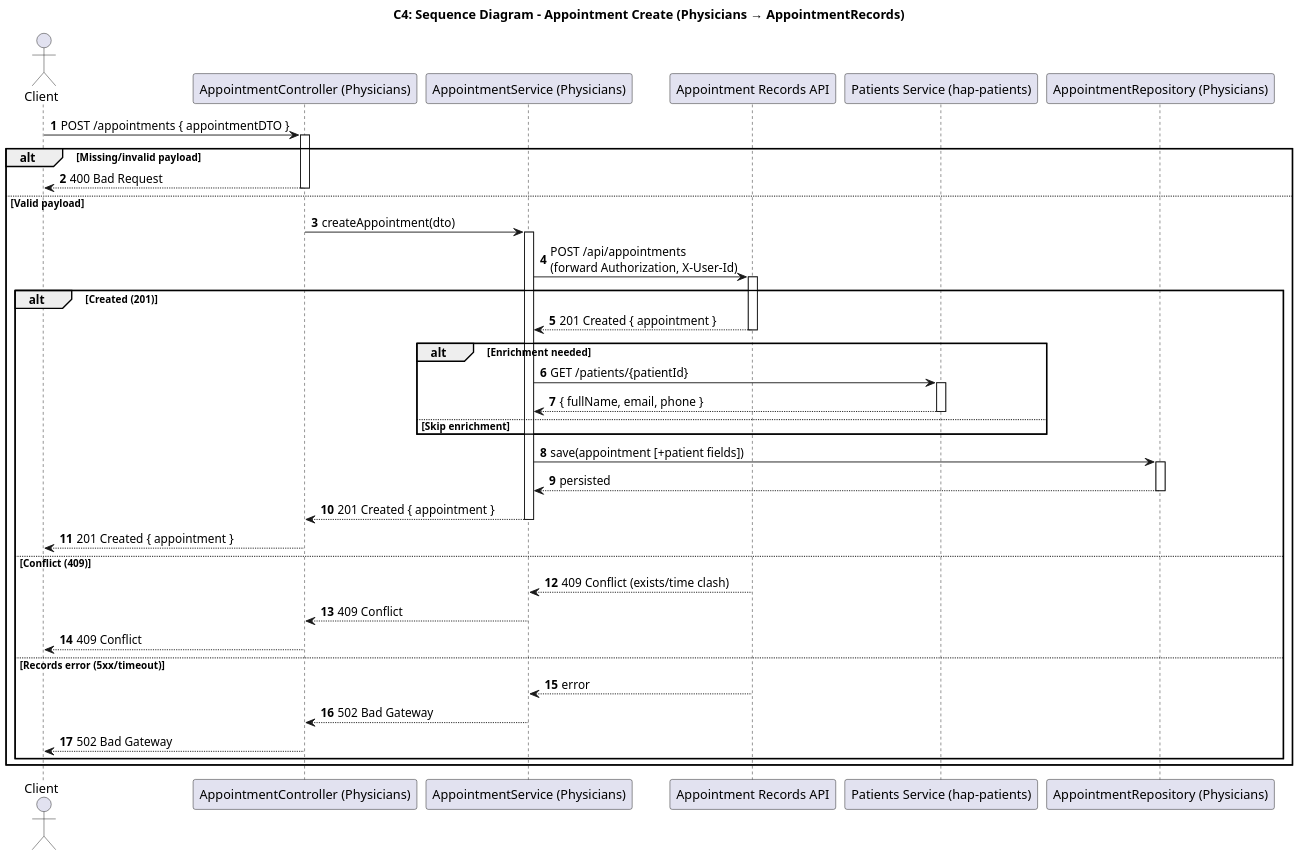
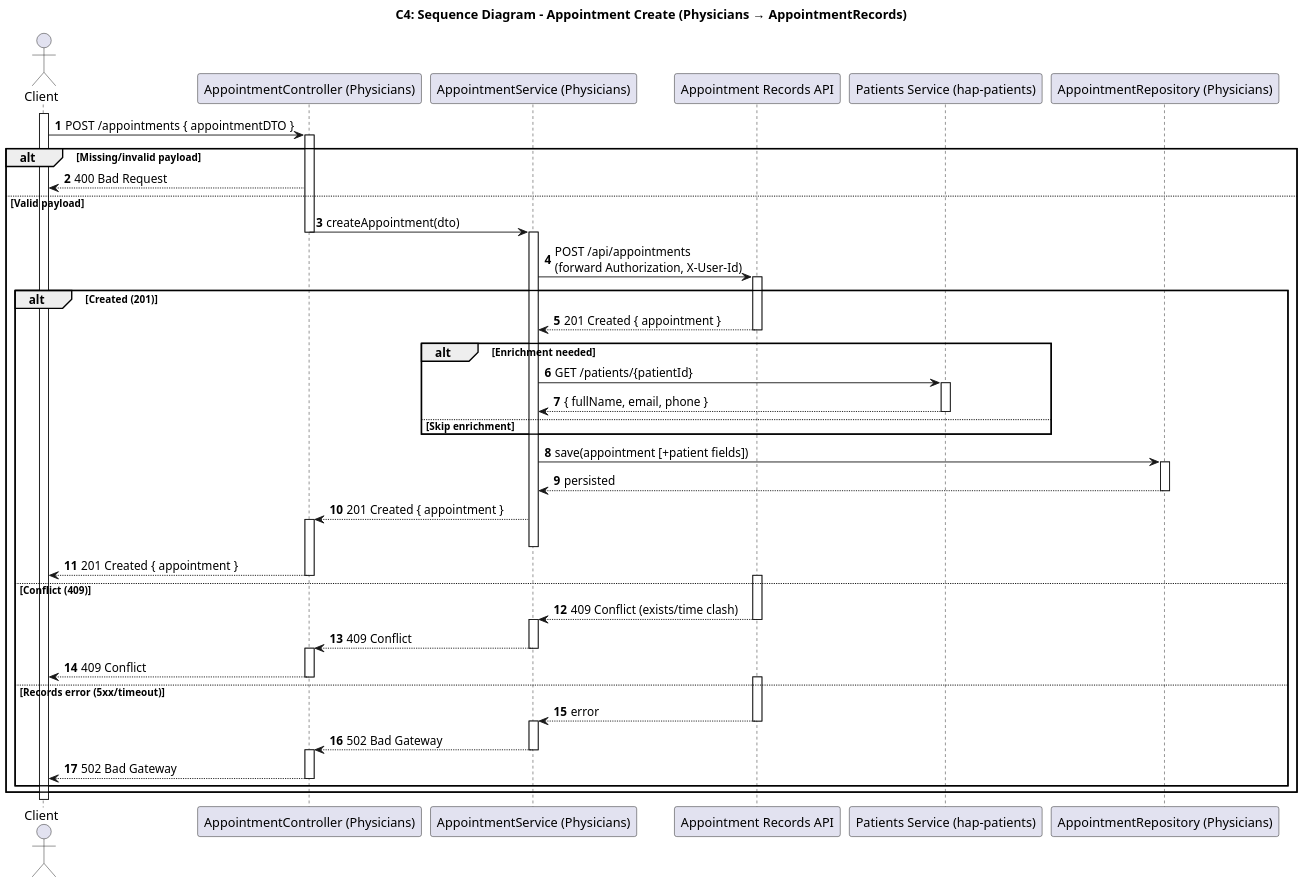
The diagram in DOCS/C4+1/C4+1-AppointmentCreate-Sequence.puml (pedrods05/LETI_SIDIS_3DA_6), drawn with PlantUML before and after one commit. The commit also changed 12 other files, not shown here.

Commit message:
ajustes diagramas

```diff
--- a/DOCS/C4+1/C4+1-AppointmentCreate-Sequence.puml
+++ b/DOCS/C4+1/C4+1-AppointmentCreate-Sequence.puml
@@ -1,65 +1,72 @@
 @startuml
 ' C4+1 — Appointment create SD (layered)
 skinparam dpi 150
 skinparam shadowing false
 skinparam DefaultFontName Arial
 
 title C4: Sequence Diagram - Appointment Create (Physicians → AppointmentRecords)
 
 actor Client
 participant "AppointmentController (Physicians)" as Controller
 participant "AppointmentService (Physicians)" as Service
 participant "Appointment Records API" as Records
 participant "Patients Service (hap-patients)" as Patients
 participant "AppointmentRepository (Physicians)" as Repo
-
+activate Client
 autonumber
 Client -> Controller : POST /appointments { appointmentDTO }
 activate Controller
 alt Missing/invalid payload
   Controller --> Client : 400 Bad Request
-  deactivate Controller
 else Valid payload
   Controller -> Service : createAppointment(dto)
+  deactivate Controller
   activate Service
   ' Create in source-of-truth first
   Service -> Records : POST /api/appointments\n(forward Authorization, X-User-Id)
   activate Records
   alt Created (201)
     Records --> Service : 201 Created { appointment }
     deactivate Records
     ' Optional enrichment from Patients (best-effort)
     alt Enrichment needed
       Service -> Patients : GET /patients/{patientId}
       activate Patients
       Patients --> Service : { fullName, email, phone }
       deactivate Patients
     else Skip enrichment
     end
     ' Persist local mirror
     Service -> Repo : save(appointment [+patient fields])
     activate Repo
     Repo --> Service : persisted
     deactivate Repo
     Service --> Controller : 201 Created { appointment }
+    activate Controller
     deactivate Service
     Controller --> Client : 201 Created { appointment }
     deactivate Controller
   else Conflict (409)
+    activate Records
     Records --> Service : 409 Conflict (exists/time clash)
     deactivate Records
+    activate Service
     Service --> Controller : 409 Conflict
     deactivate Service
+    activate Controller
     Controller --> Client : 409 Conflict
     deactivate Controller
   else Records error (5xx/timeout)
+  activate Records
     Records --> Service : error
     deactivate Records
+    activate Service
     Service --> Controller : 502 Bad Gateway
     deactivate Service
+    activate Controller
     Controller --> Client : 502 Bad Gateway
     deactivate Controller
   end
 end
 
 @enduml
```
